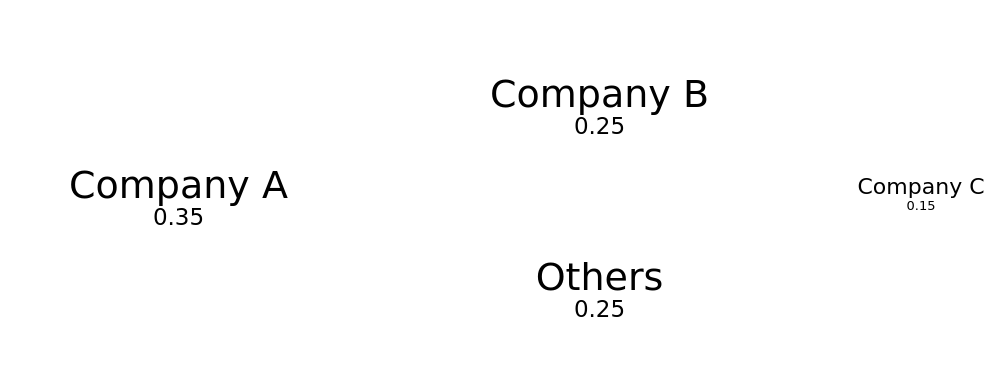
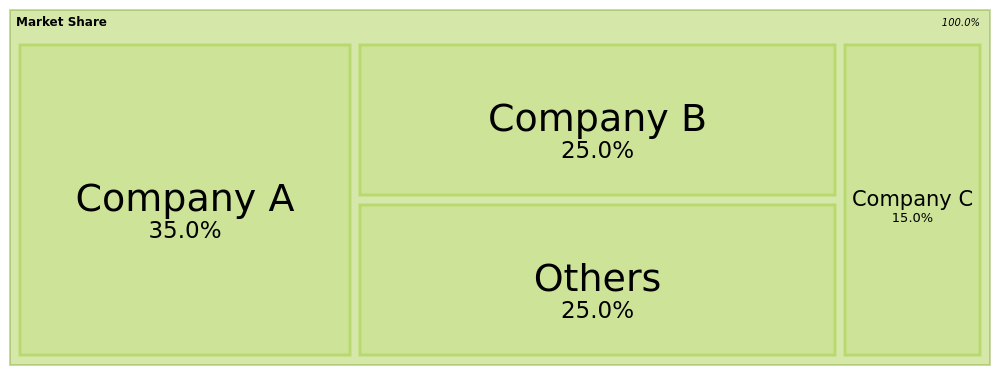
Before and after one commit to mermaid-js/mermaid: the diagram in e2e/diagrams/treemap/8a-should-handle-percentage-formatting.mmd, drawn with Mermaid (forest theme). The commit also changed 25 other files, not shown here.

```diff
--- a/e2e/diagrams/treemap/8a-should-handle-percentage-formatting.mmd
+++ b/e2e/diagrams/treemap/8a-should-handle-percentage-formatting.mmd
@@ -1,6 +1,11 @@
+---
+config:
+  treemap:
+    valueFormat: '.1%'
+---
 treemap-beta
   "Market Share"
-  "Company A": 0.35
-  "Company B": 0.25
-  "Company C": 0.15
-  "Others": 0.25
+    "Company A": 0.35
+    "Company B": 0.25
+    "Company C": 0.15
+    "Others": 0.25
```
